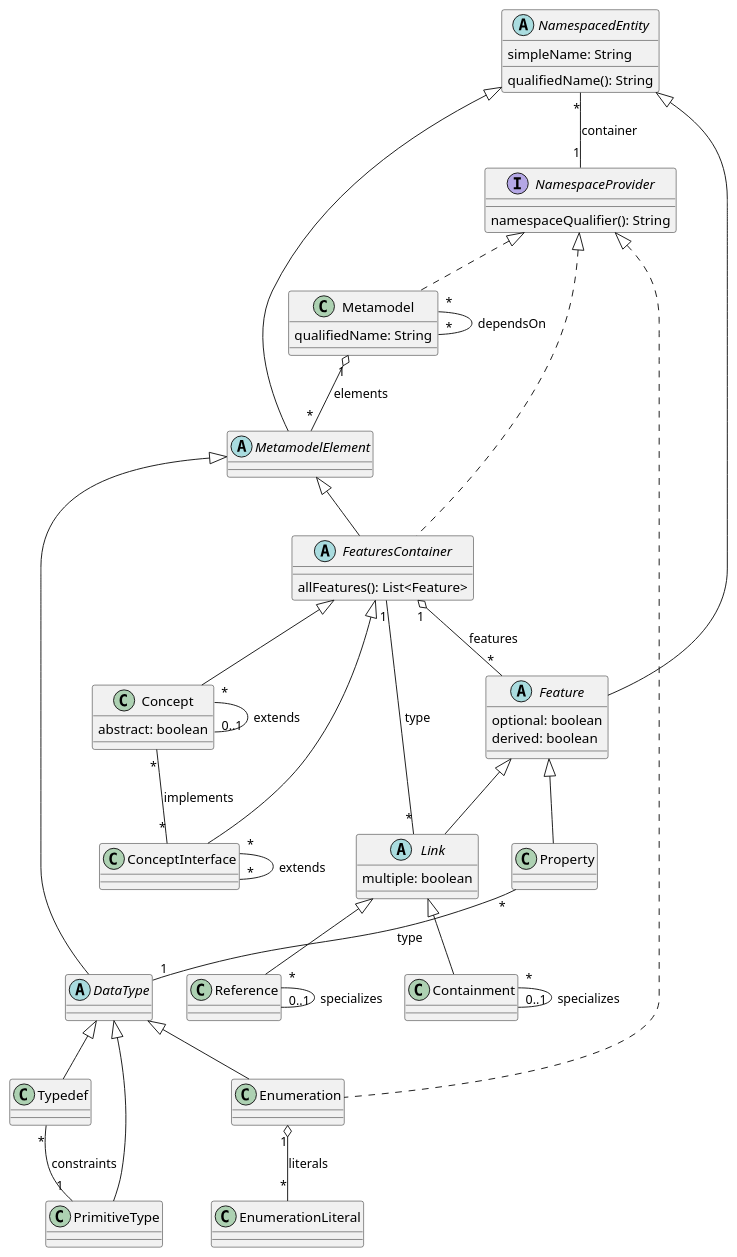
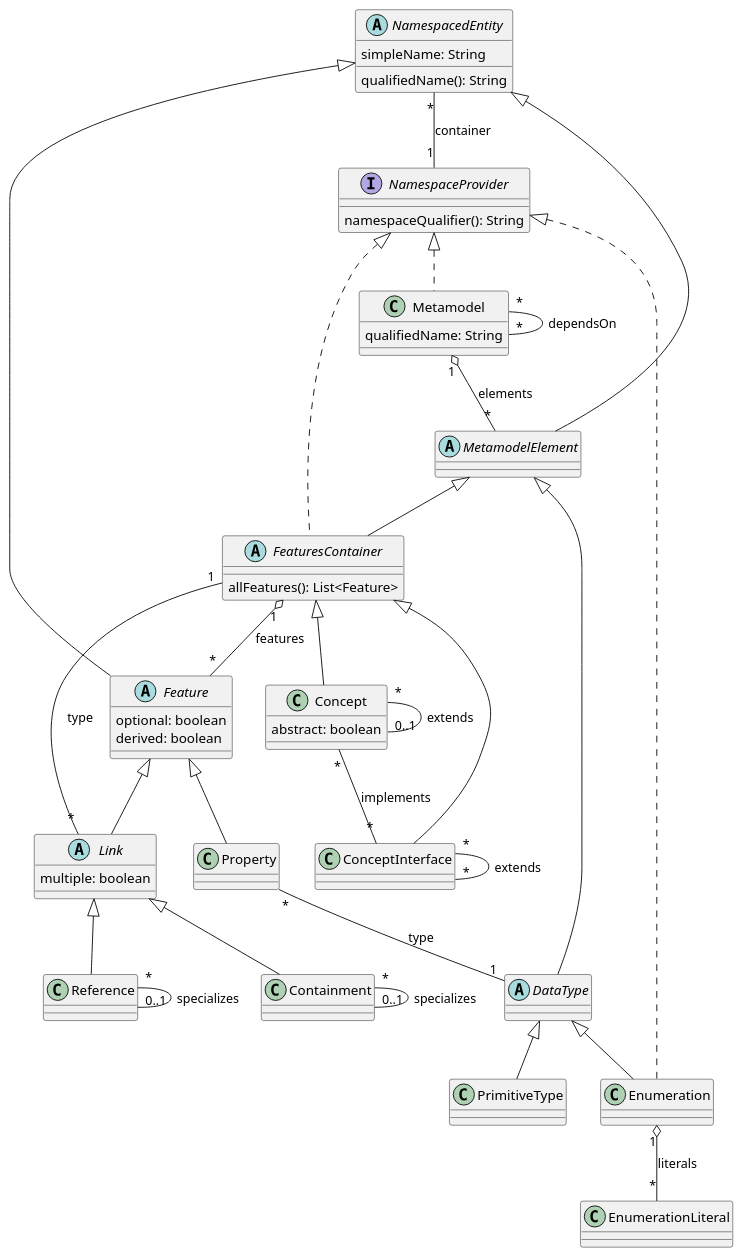
The diagram in diagrams/metametamodel-gen.puml (LionWeb-io/lionweb-typescript), drawn with PlantUML before and after one commit. The commit also changed 1 other file, not shown here.

Commit message:
remove Typedef

```diff
--- a/diagrams/metametamodel-gen.puml
+++ b/diagrams/metametamodel-gen.puml
@@ -1,91 +1,87 @@
 @startuml
 
 ' qualified name: "lioncore"
 
 
 class Concept extends FeaturesContainer {
   abstract: boolean
 }
 
 class ConceptInterface extends FeaturesContainer
 
 class Containment extends Link
 
 abstract class DataType extends MetamodelElement
 
 class Enumeration extends DataType implements NamespaceProvider
 
 abstract class Feature extends NamespacedEntity {
   optional: boolean
   derived: boolean
 }
 
 abstract class FeaturesContainer extends MetamodelElement implements NamespaceProvider {
   allFeatures(): List<Feature>
 }
 
 ' primitive type: "JSON"
 
 abstract class Link extends Feature {
   multiple: boolean
 }
 
 class Metamodel implements NamespaceProvider {
   qualifiedName: String
 }
 
 abstract class MetamodelElement extends NamespacedEntity
 
 interface NamespaceProvider {
   namespaceQualifier(): String
 }
 
 abstract class NamespacedEntity {
   simpleName: String
   qualifiedName(): String
 }
 
 class PrimitiveType extends DataType
 
 class Property extends Feature
 
 class Reference extends Link
 
 ' primitive type: "String"
 
-class Typedef extends DataType
-
 ' primitive type: "boolean"
 
 ' primitive type: "int"
 
 
 
 ' relations:
 
 Concept "*" -- "0..1" Concept: extends
 Concept "*" -- "*" ConceptInterface: implements
 
 ConceptInterface "*" -- "*" ConceptInterface: extends
 
 Containment "*" -- "0..1" Containment: specializes
 
 Enumeration "1" o-- "*" EnumerationLiteral: literals
 
 FeaturesContainer "1" o-- "*" Feature: features
 
 Link "*" -- "1" FeaturesContainer: type
 
 Metamodel "1" o-- "*" MetamodelElement: elements
 Metamodel "*" -- "*" Metamodel: dependsOn
 
 NamespacedEntity "*" -- "1" NamespaceProvider: container
 
 Property "*" -- "1" DataType: type
 
 Reference "*" -- "0..1" Reference: specializes
 
-Typedef "*" -- "1" PrimitiveType: constraints
-
 
 @enduml
```
